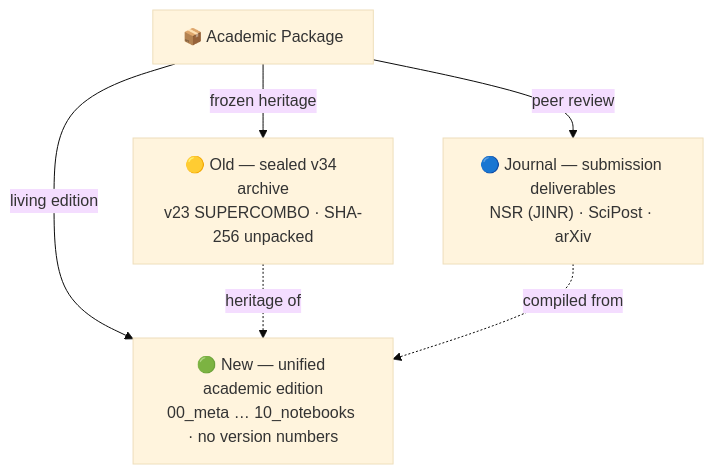
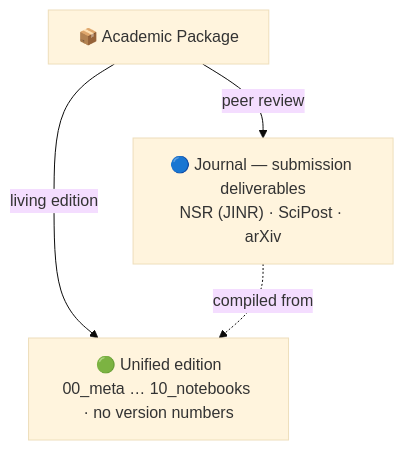
One commit to wild8highlander/ab-cloud-research changed the diagram in AB_Cloud_Academic_Package/README.md. Above: the diagram before and after it, drawn with Mermaid (base theme). The commit also changed other lines of this file and 298 other files, not shown here.

````diff
--- a/AB_Cloud_Academic_Package/README.md
+++ b/AB_Cloud_Academic_Package/README.md
@@ -61,8 +61,6 @@
 ```mermaid
 graph TD
-    P["📦 Academic Package"] -->|"living edition"| N["🟢 New — unified academic edition<br/>00_meta … 10_notebooks · no version numbers"]
-    P -->|"frozen heritage"| O["🟡 Old — sealed v34 archive<br/>v23 SUPERCOMBO · SHA-256 unpacked"]
+    P["📦 Academic Package"] -->|"living edition"| E["🟢 Unified edition<br/>00_meta … 10_notebooks · no version numbers"]
     P -->|"peer review"| J["🔵 Journal — submission deliverables<br/>NSR (JINR) · SciPost · arXiv"]
-    O -.->|"heritage of"| N
-    J -.->|"compiled from"| N
+    J -.->|"compiled from"| E
 ```
````
